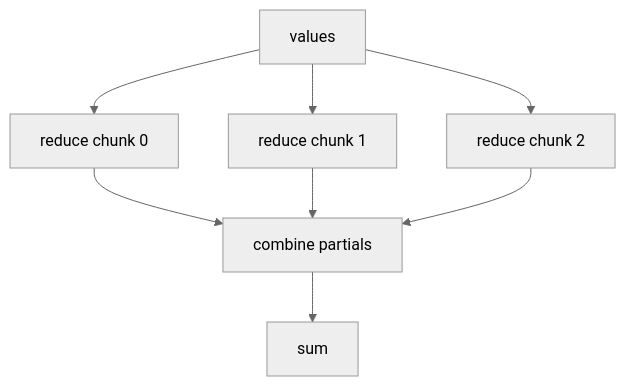
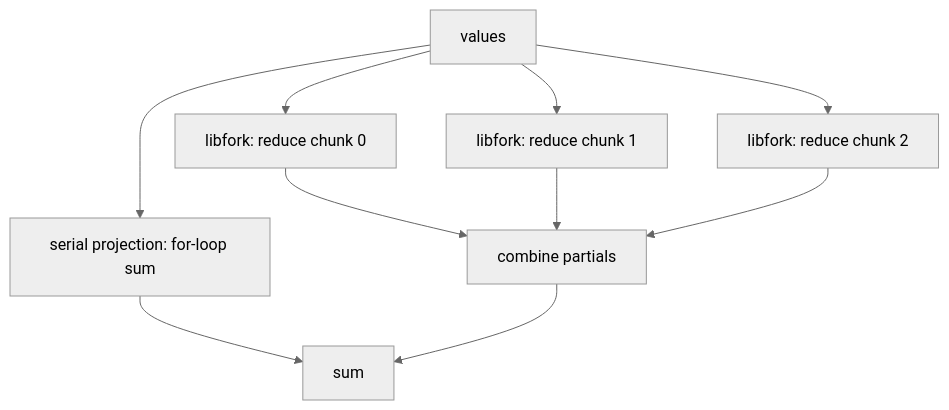
One commit to ConorWilliams/libfork changed the diagram in docs/benchmarks/benchmarks/fold.md. Above: the diagram before and after it, drawn with Mermaid (neutral theme). The commit also changed other lines of this file and 1 other file, not shown here.

Commit message:
fold serial projection

````diff
--- a/docs/benchmarks/benchmarks/fold.md
+++ b/docs/benchmarks/benchmarks/fold.md
@@ -20,10 +26,12 @@
 ```mermaid
 flowchart TD
-  A["values"] --> B["reduce chunk 0"]
-  A --> C["reduce chunk 1"]
-  A --> D["reduce chunk 2"]
-  B --> E["combine partials"]
-  C --> E
-  D --> E
-  E --> F["sum"]
+  A["values"] --> B["serial projection: for-loop sum"]
+  A --> C["libfork: reduce chunk 0"]
+  A --> D["libfork: reduce chunk 1"]
+  A --> E["libfork: reduce chunk 2"]
+  C --> F["combine partials"]
+  D --> F
+  E --> F
+  B --> G["sum"]
+  F --> G
 ```
````
